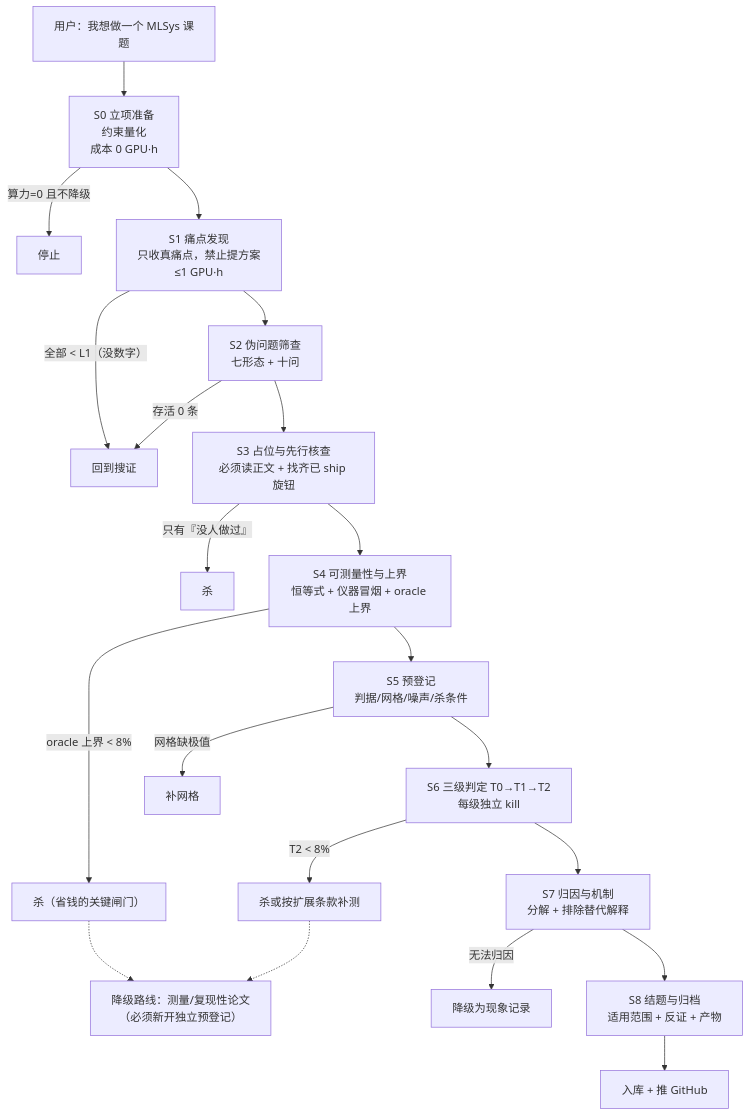
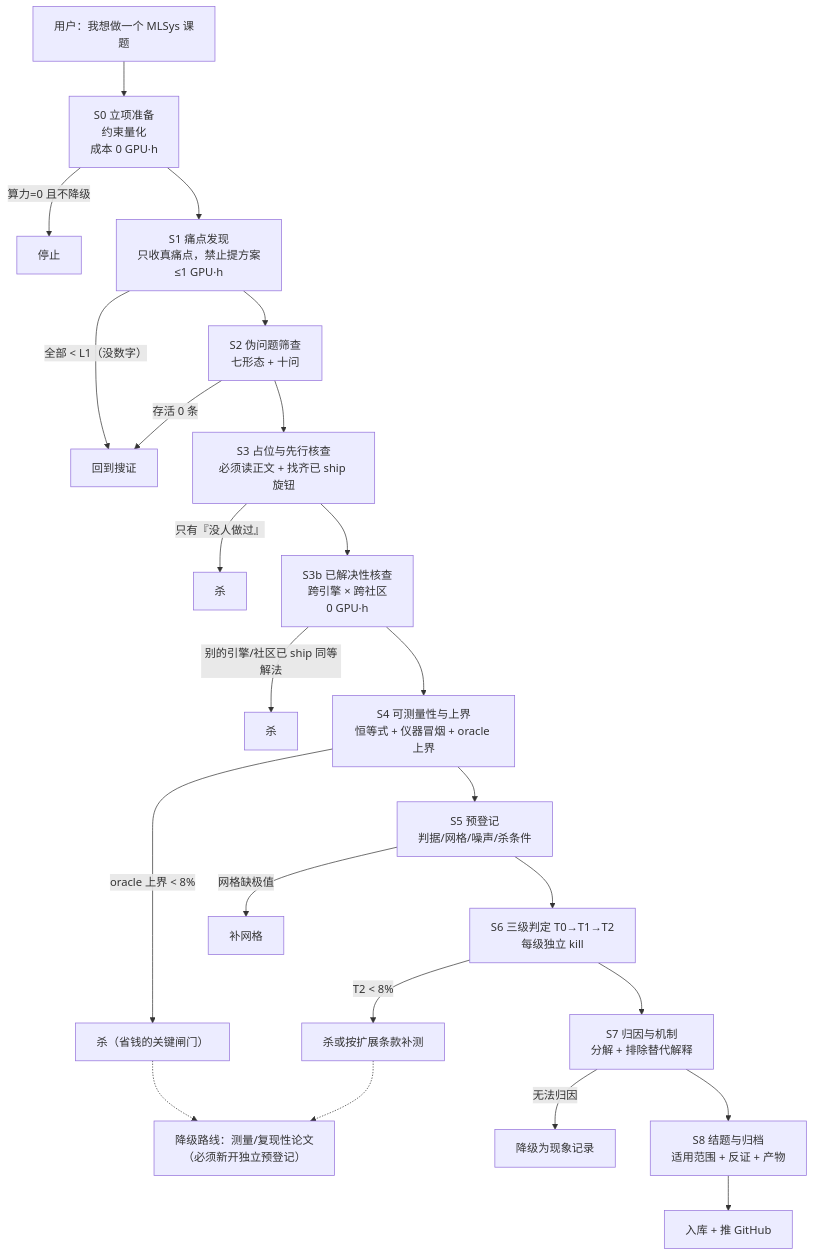
Before and after one commit to LeiHenan/myCCFA2: the diagram in PIPELINE.md, drawn with Mermaid. The commit also changed other lines of this file and 7 other files, not shown here.

````diff
--- a/PIPELINE.md
+++ b/PIPELINE.md
@@ -43,23 +45,25 @@
 ```mermaid
 flowchart TD
     Q["用户：我想做一个 MLSys 课题"] --> S0["S0 立项准备<br/>约束量化<br/>成本 0 GPU·h"]
     S0 -->|"算力=0 且不降级"| KILL0["停止"]
     S0 --> S1["S1 痛点发现<br/>只收真痛点，禁止提方案<br/>≤1 GPU·h"]
     S1 -->|"全部 < L1（没数字）"| BACK1["回到搜证"]
     S1 --> S2["S2 伪问题筛查<br/>七形态 + 十问"]
     S2 -->|"存活 0 条"| BACK1
     S2 --> S3["S3 占位与先行核查<br/>必须读正文 + 找齐已 ship 旋钮"]
     S3 -->|"只有『没人做过』"| KILL3["杀"]
-    S3 --> S4["S4 可测量性与上界<br/>恒等式 + 仪器冒烟 + oracle 上界"]
+    S3 --> S3b["S3b 已解决性核查<br/>跨引擎 × 跨社区<br/>0 GPU·h"]
+    S3b -->|"别的引擎/社区已 ship 同等解法"| KILL3B["杀"]
+    S3b --> S4["S4 可测量性与上界<br/>恒等式 + 仪器冒烟 + oracle 上界"]
     S4 -->|"oracle 上界 < 8%"| KILL4["杀（省钱的关键闸门）"]
     S4 --> S5["S5 预登记<br/>判据/网格/噪声/杀条件"]
     S5 -->|"网格缺极值"| BACK5["补网格"]
     S5 --> S6["S6 三级判定 T0→T1→T2<br/>每级独立 kill"]
     S6 -->|"T2 < 8%"| KILL6["杀或按扩展条款补测"]
     S6 --> S7["S7 归因与机制<br/>分解 + 排除替代解释"]
     S7 -->|"无法归因"| DEMOTE["降级为现象记录"]
     S7 --> S8["S8 结题与归档<br/>适用范围 + 反证 + 产物"]
     S8 --> PUSH["入库 + 推 GitHub"]
     KILL4 -.-> MEAS["降级路线：测量/复现性论文<br/>（必须新开独立预登记）"]
     KILL6 -.-> MEAS
 ```
````
